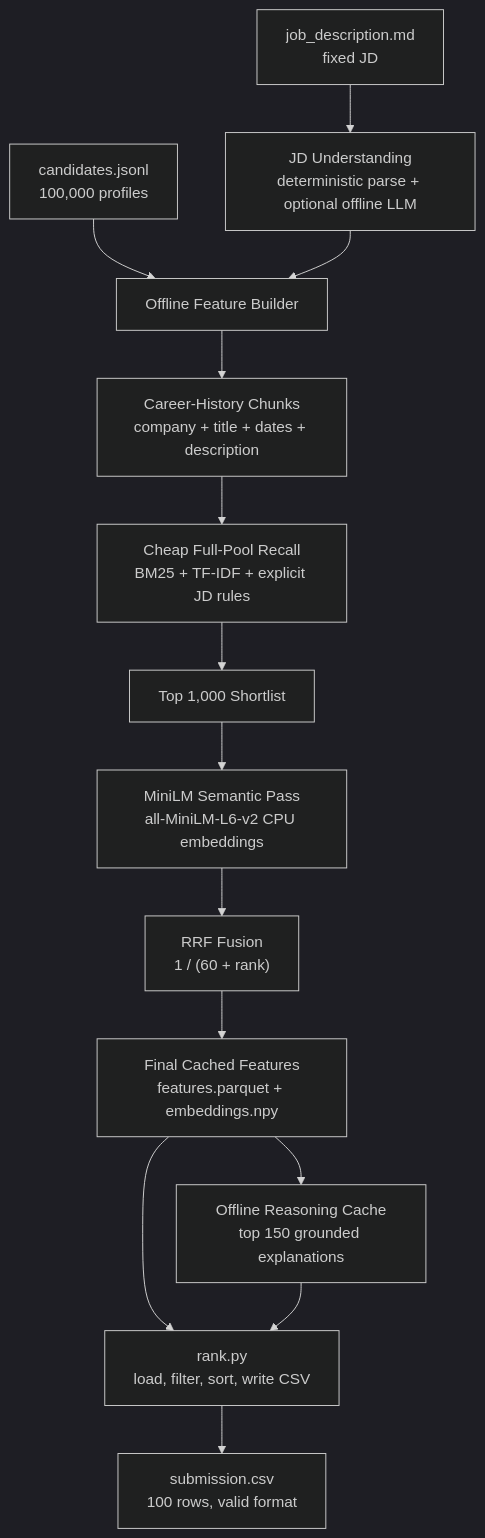
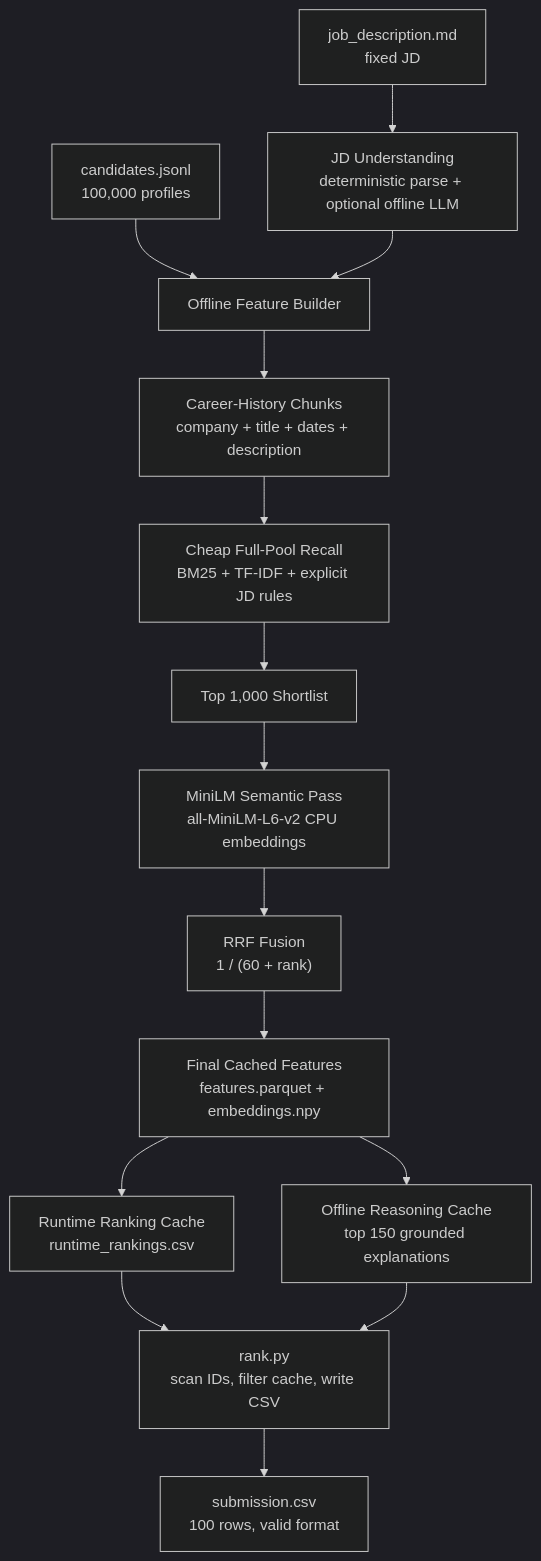
One commit to Ajey95/pramaan-redrob-ranker changed the first of 2 diagrams in README.md. Above: the diagram before and after it, drawn with Mermaid (dark theme). The commit also changed other lines of this file and 5 other files, not shown here.

````diff
--- a/README.md
+++ b/README.md
@@ -32,17 +32,18 @@
 ```mermaid
 flowchart TB
     A["candidates.jsonl<br/>100,000 profiles"] --> B["Offline Feature Builder"]
     J["job_description.md<br/>fixed JD"] --> C["JD Understanding<br/>deterministic parse + optional offline LLM"]
     C --> B
 
     B --> D["Career-History Chunks<br/>company + title + dates + description"]
     D --> E["Cheap Full-Pool Recall<br/>BM25 + TF-IDF + explicit JD rules"]
     E --> F["Top 1,000 Shortlist"]
     F --> G["MiniLM Semantic Pass<br/>all-MiniLM-L6-v2 CPU embeddings"]
     G --> H["RRF Fusion<br/>1 / (60 + rank)"]
     H --> I["Final Cached Features<br/>features.parquet + embeddings.npy"]
+    I --> T["Runtime Ranking Cache<br/>runtime_rankings.csv"]
     I --> K["Offline Reasoning Cache<br/>top 150 grounded explanations"]
-    I --> R["rank.py<br/>load, filter, sort, write CSV"]
+    T --> R["rank.py<br/>scan IDs, filter cache, write CSV"]
     K --> R
     R --> S["submission.csv<br/>100 rows, valid format"]
 ```
````
